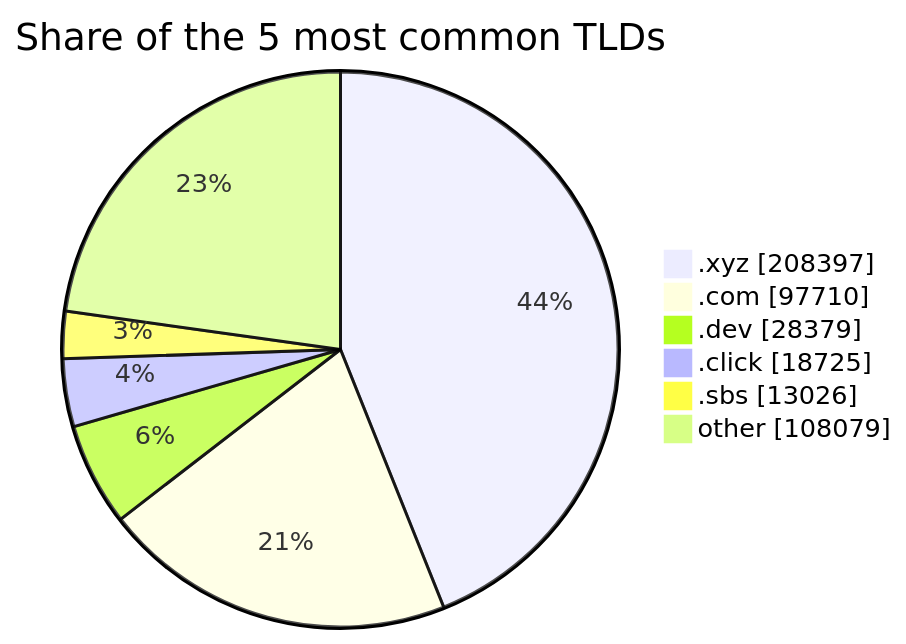
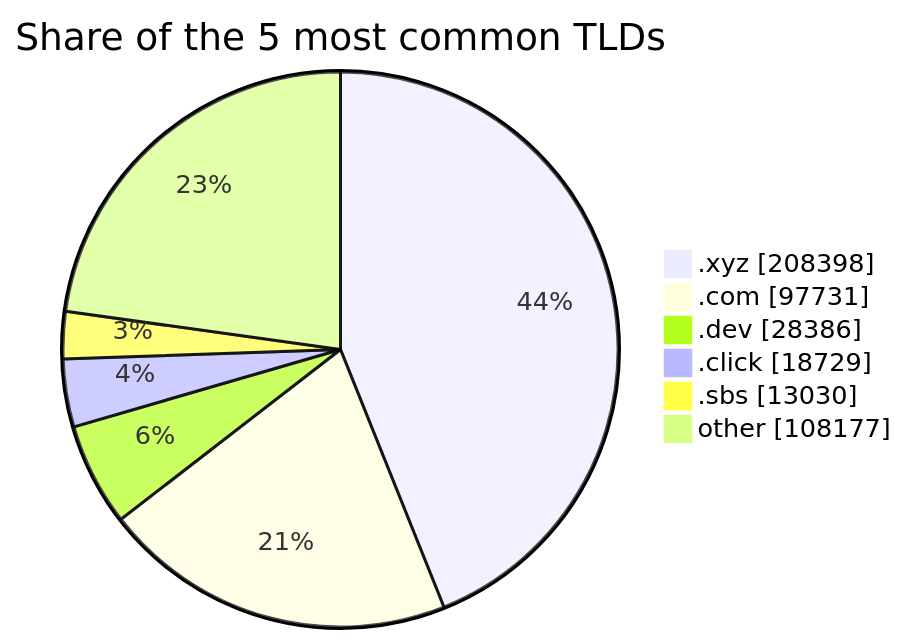
One commit to DNSBunker/CTI changed the second of 2 diagrams in README.md. Above: the diagram before and after it, drawn with Mermaid. The commit also changed other lines of this file and 3 other files, not shown here.

````diff
--- a/README.md
+++ b/README.md
@@ -72,9 +72,9 @@
 ```mermaid
 pie showData title Share of the 5 most common TLDs
-    ".xyz" : 208397
-    ".com" : 97710
-    ".dev" : 28379
-    ".click" : 18725
-    ".sbs" : 13026
-    "other" : 108079
+    ".xyz" : 208398
+    ".com" : 97731
+    ".dev" : 28386
+    ".click" : 18729
+    ".sbs" : 13030
+    "other" : 108177
 ```
````
